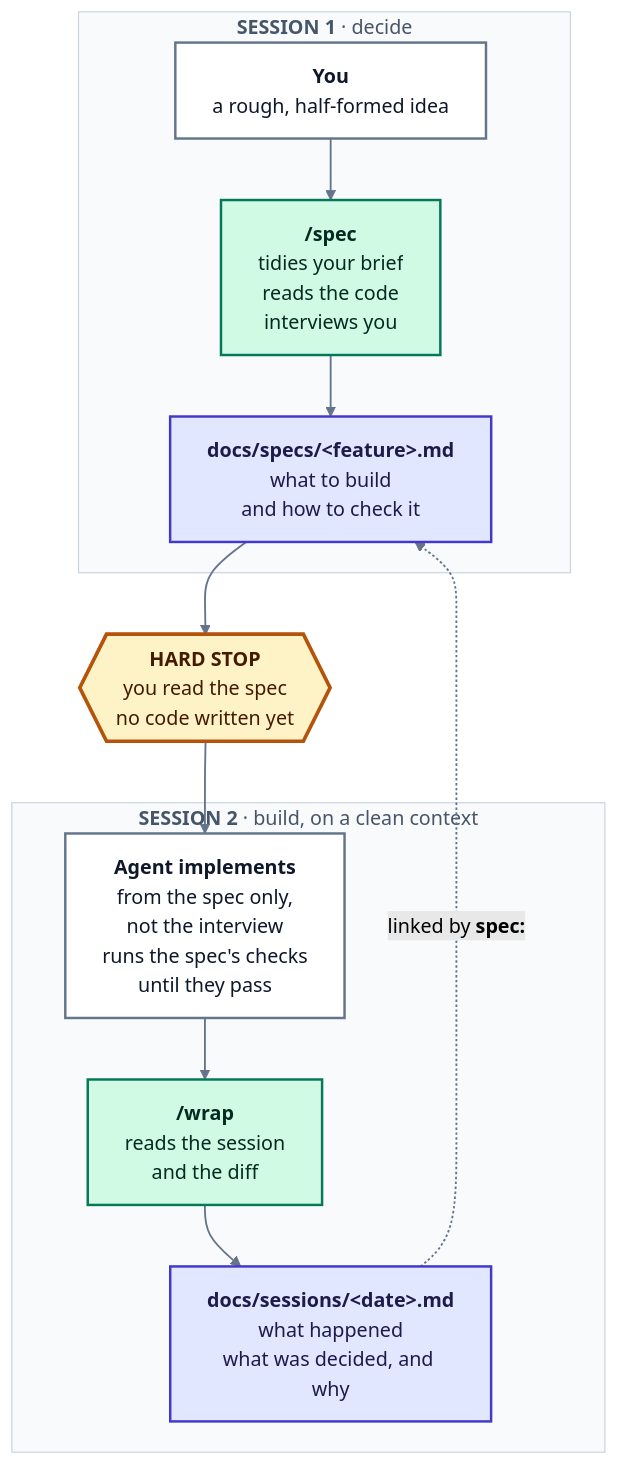
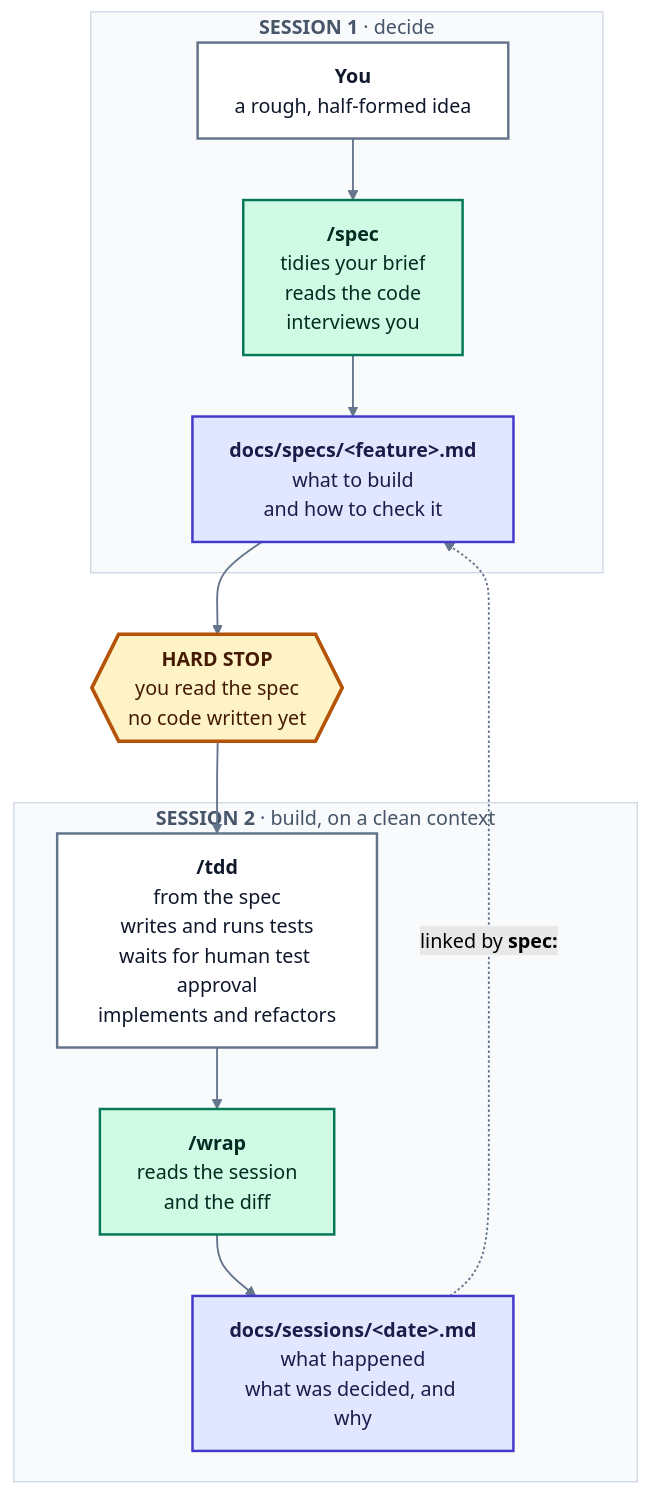
Before and after one commit to imanassi/agent-lifecycle-skills: the diagram in README.md, drawn with Mermaid (forest theme). The commit also changed other lines of this file and 11 other files, not shown here.

Commit message:
Add human-reviewed TDD and ticket traceability to skills

````diff
--- a/README.md
+++ b/README.md
@@ -10,33 +11,33 @@
 ```mermaid
 flowchart TD
     subgraph S1["<b>SESSION 1</b> · decide"]
         A["<b>You</b><br/>a rough, half-formed idea"]
         B["<b>/spec</b><br/>tidies your brief<br/>reads the code<br/>interviews you"]
         C["<b>docs/specs/&lt;feature&gt;.md</b><br/>what to build<br/>and how to check it"]
         A --> B --> C
     end
 
     STOP{{"<b>HARD STOP</b><br/>you read the spec<br/>no code written yet"}}
 
     subgraph S2["<b>SESSION 2</b> · build, on a clean context"]
-        D["<b>Agent implements</b><br/>from the spec only,<br/>not the interview<br/>runs the spec's checks<br/>until they pass"]
+        D["<b>/tdd</b><br/>from the spec<br/>writes and runs tests<br/>waits for human test approval<br/>implements and refactors"]
         E["<b>/wrap</b><br/>reads the session<br/>and the diff"]
         F["<b>docs/sessions/&lt;date&gt;.md</b><br/>what happened<br/>what was decided, and why"]
         D --> E --> F
     end
 
     C --> STOP --> D
     F -.->|"linked by <b>spec:</b>"| C
 
     classDef doc  fill:#e0e7ff,stroke:#4338ca,stroke-width:2px,color:#1e1b4b
     classDef cmd  fill:#d1fae5,stroke:#047857,stroke-width:2px,color:#022c22
     classDef stop fill:#fef3c7,stroke:#b45309,stroke-width:3px,color:#451a03
     classDef you  fill:#ffffff,stroke:#64748b,stroke-width:2px,color:#0f172a
     class C,F doc
     class B,E cmd
     class STOP stop
     class A,D you
     style S1 fill:#f8fafc,stroke:#cbd5e1,stroke-width:1px,color:#475569
     style S2 fill:#f8fafc,stroke:#cbd5e1,stroke-width:1px,color:#475569
     linkStyle default stroke:#64748b,stroke-width:1.5px
 ```
````
